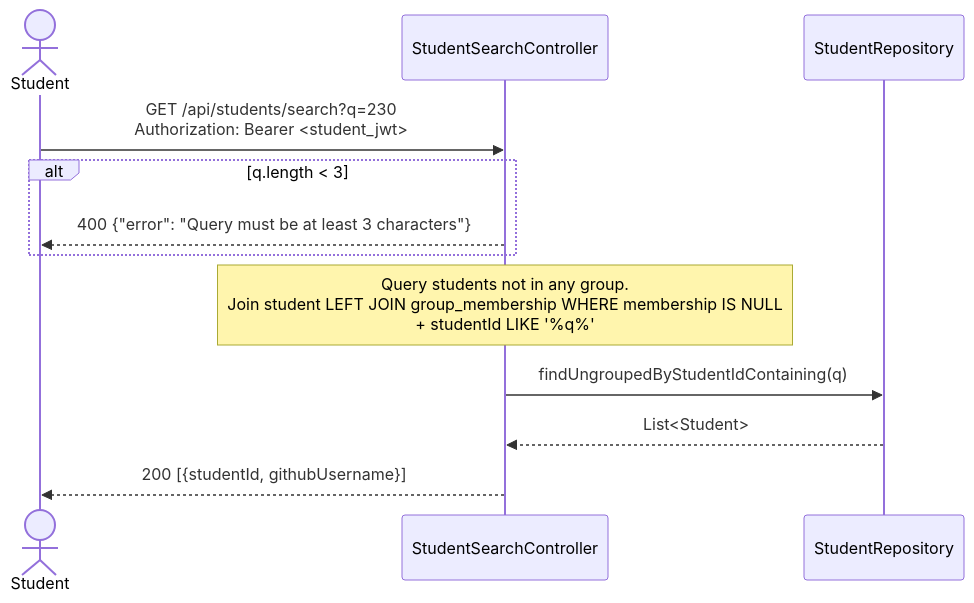
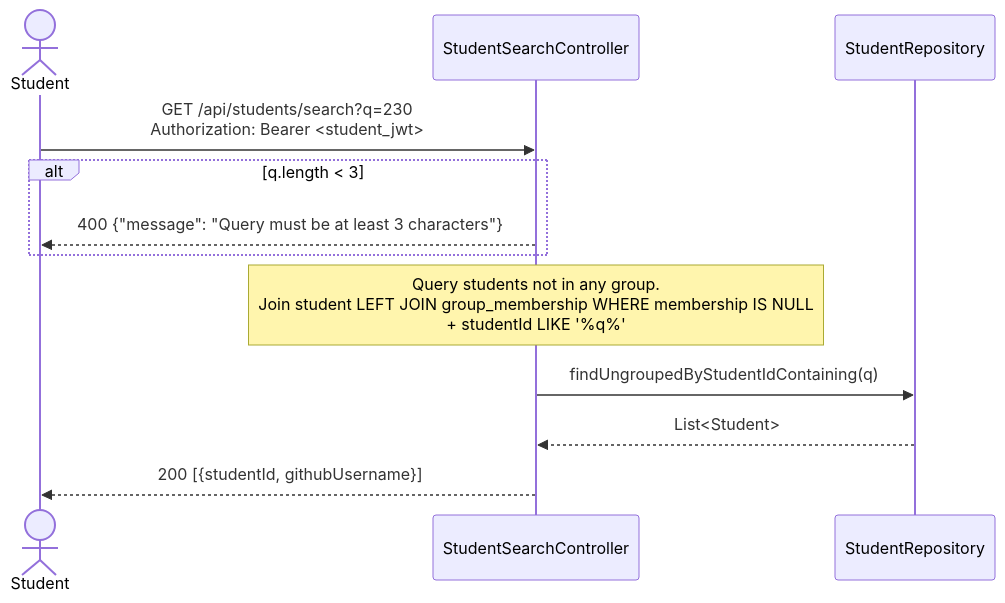
One commit to SE3318-Spring-2025-2026/senior-app-6 changed the first of 4 diagrams in docs/process2/sequences/2.2_invitation_send_p2.md. Above: the diagram before and after it, drawn with Mermaid. The commit also changed other lines of this file and 27 other files, not shown here.

````diff
--- a/docs/process2/sequences/2.2_invitation_send_p2.md
+++ b/docs/process2/sequences/2.2_invitation_send_p2.md
@@ -12,18 +12,18 @@
 ```mermaid
 sequenceDiagram
     actor Student
     participant StudentSearchController
     participant StudentRepository
 
     Student->>StudentSearchController: GET /api/students/search?q=230<br/>Authorization: Bearer <student_jwt>
 
     alt q.length < 3
-        StudentSearchController-->>Student: 400 {"error": "Query must be at least 3 characters"}
+        StudentSearchController-->>Student: 400 {"message": "Query must be at least 3 characters"}
     end
 
     Note over StudentSearchController: Query students not in any group.<br/>Join student LEFT JOIN group_membership WHERE membership IS NULL<br/>+ studentId LIKE '%q%'
     StudentSearchController->>StudentRepository: findUngroupedByStudentIdContaining(q)
     StudentRepository-->>StudentSearchController: List<Student>
 
     StudentSearchController-->>Student: 200 [{studentId, githubUsername}]
 ```
````
